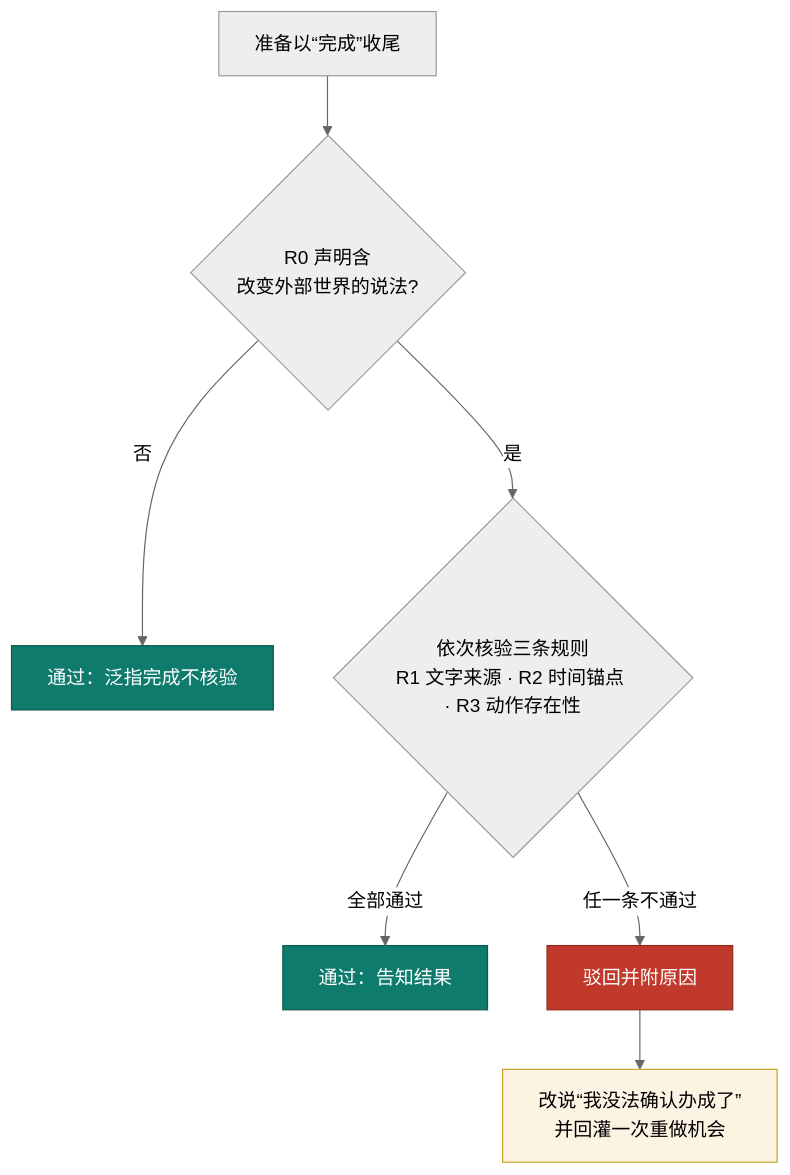
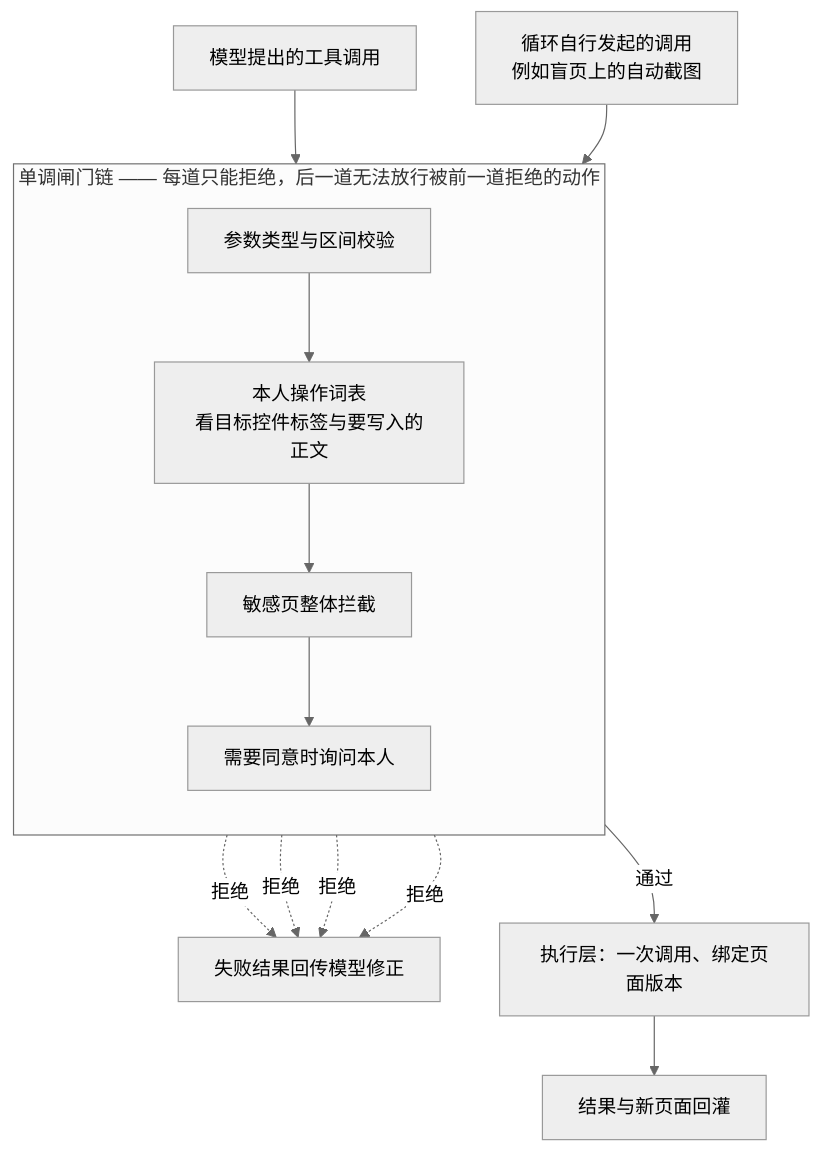
The diagram in docs/aic-2026/figures/fig3.mmd (lhxll07/elder-harness), drawn with Mermaid before and after one commit. The commit also changed 73 other files, not shown here.

```diff
--- a/docs/aic-2026/figures/fig3.mmd
+++ b/docs/aic-2026/figures/fig3.mmd
@@ -1,14 +1,16 @@
 %%{init: {"theme":"neutral","themeVariables":{"fontFamily":"Noto Sans CJK SC, sans-serif","fontSize":"16px"}}}%%
 flowchart TD
-  A["准备以“完成”收尾"] --> B{"R0 声明含<br/>改变外部世界的说法?"}
-  B -->|否| P["通过：泛指完成不核验"]
-  B -->|是| C{"依次核验三条规则<br/>R1 文字来源 · R2 时间锚点 · R3 动作存在性"}
-  C -->|全部通过| S["通过：告知结果"]
-  C -->|任一条不通过| U["驳回并附原因"]
-  U --> U2["改说“我没法确认办成了”<br/>并回灌一次重做机会"]
-  classDef ok fill:#0f7b6c,color:#fff,stroke:#0b5a4f
-  classDef bad fill:#c0392b,color:#fff,stroke:#96281b
-  classDef ask fill:#fdf3e3,stroke:#c9a227
-  class P,S ok
-  class U bad
-  class U2 ask
+  A1[模型提出的工具调用] --> G
+  A2[循环自行发起的调用<br/>例如盲页上的自动截图] --> G
+  subgraph G[单调闸门链 —— 每道只能拒绝，后一道无法放行被前一道拒绝的动作]
+    direction TB
+    G1[参数类型与区间校验] --> G2[本人操作词表<br/>看目标控件标签与要写入的正文]
+    G2 --> G3[敏感页整体拦截]
+    G3 --> G4[需要同意时询问本人]
+  end
+  G1 -.->|拒绝| R[失败结果回传模型修正]
+  G2 -.->|拒绝| R
+  G3 -.->|拒绝| R
+  G4 -.->|拒绝| R
+  G4 -->|通过| E[执行层：一次调用、绑定页面版本]
+  E --> R2[结果与新页面回灌]
```
